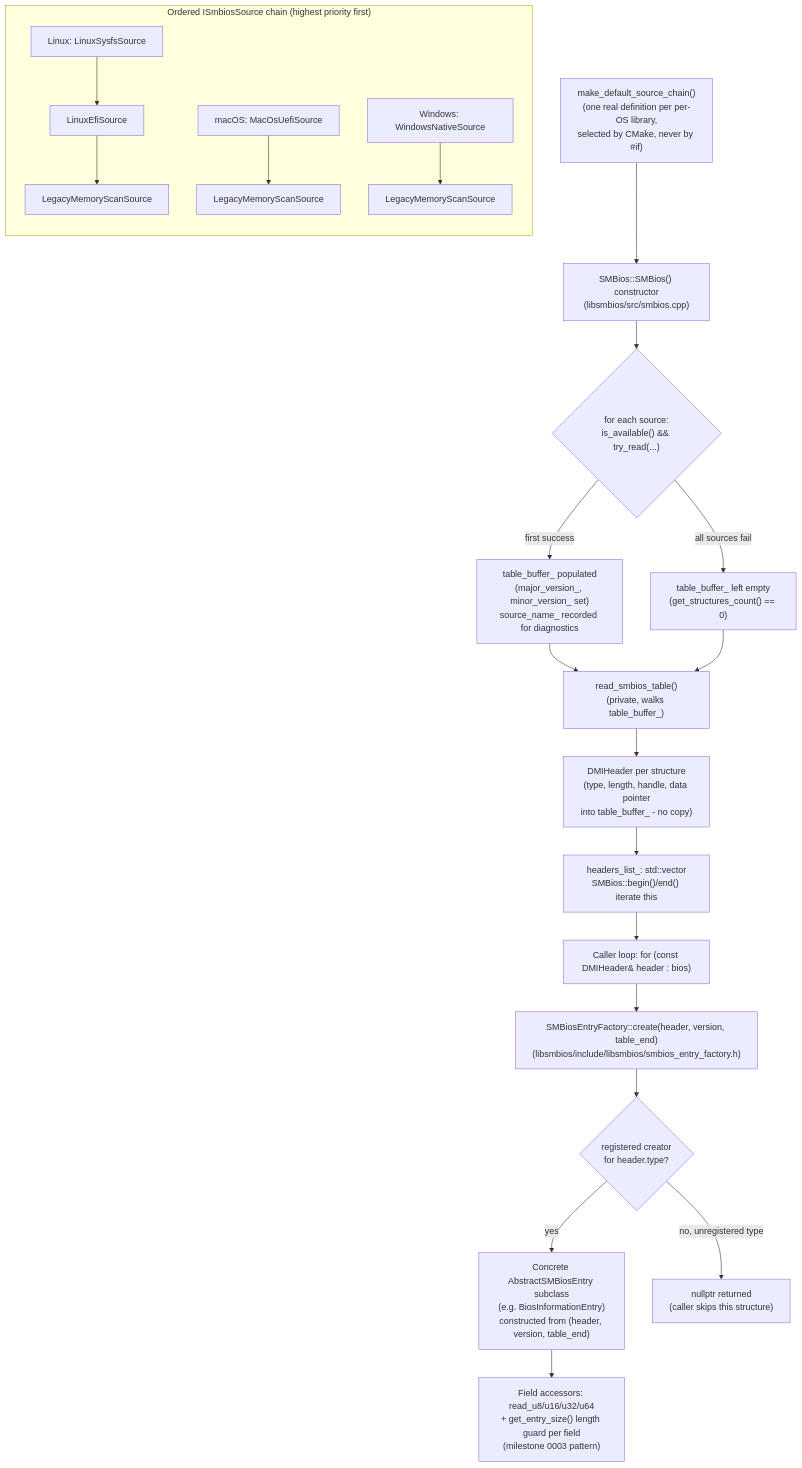
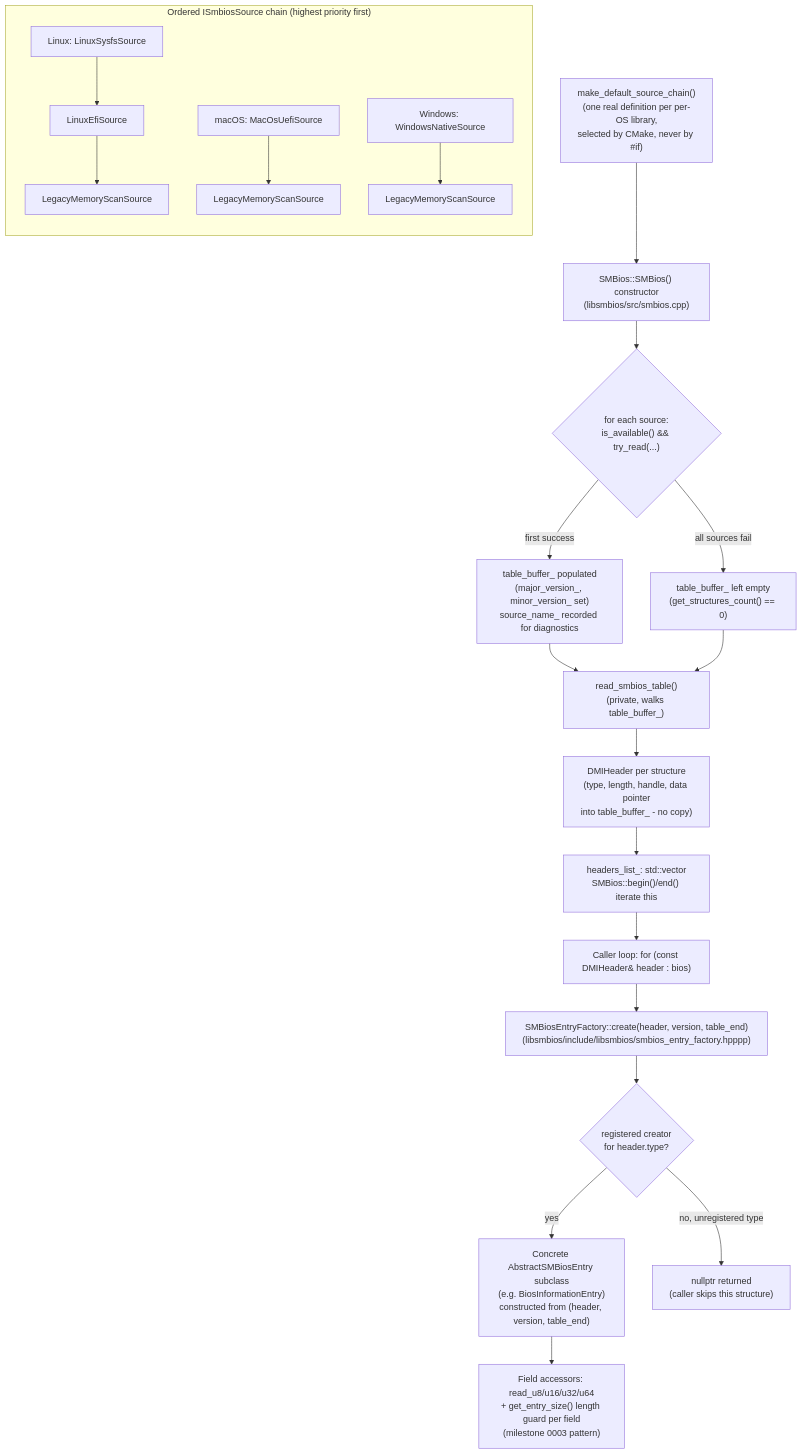
One commit to yuchdev/SmbiosUtil changed the diagram in docs/architecture/overview.md. Above: the diagram before and after it, drawn with Mermaid. The commit also changed other lines of this file and 296 other files, not shown here.

````diff
--- a/docs/architecture/overview.md
+++ b/docs/architecture/overview.md
@@ -55,25 +55,25 @@
 ```mermaid
 flowchart TD
     A["make_default_source_chain()\n(one real definition per per-OS library,\nselected by CMake, never by #if)"] --> B
 
     subgraph chain["Ordered ISmbiosSource chain (highest priority first)"]
         direction TB
         L1["Linux: LinuxSysfsSource"] --> L2["LinuxEfiSource"] --> L3["LegacyMemoryScanSource"]
         M1["macOS: MacOsUefiSource"] --> M3["LegacyMemoryScanSource"]
         W1["Windows: WindowsNativeSource"] --> W3["LegacyMemoryScanSource"]
     end
 
     B["SMBios::SMBios() constructor\n(libsmbios/src/smbios.cpp)"] --> C{"for each source:\nis_available() && try_read(...)"}
     C -->|first success| D["table_buffer_ populated\n(major_version_, minor_version_ set)\nsource_name_ recorded for diagnostics"]
     C -->|all sources fail| D0["table_buffer_ left empty\n(get_structures_count() == 0)"]
     D --> E["read_smbios_table()\n(private, walks table_buffer_)"]
     D0 --> E
     E --> F["DMIHeader per structure\n(type, length, handle, data pointer\ninto table_buffer_ - no copy)"]
     F --> G["headers_list_: std::vector<DMIHeader>\nSMBios::begin()/end() iterate this"]
     G --> H["Caller loop: for (const DMIHeader& header : bios)"]
-    H --> I["SMBiosEntryFactory::create(header, version, table_end)\n(libsmbios/include/libsmbios/smbios_entry_factory.h)"]
+    H --> I["SMBiosEntryFactory::create(header, version, table_end)\n(libsmbios/include/libsmbios/smbios_entry_factory.hpppp)"]
     I --> J{"registered creator\nfor header.type?"}
     J -->|yes| K["Concrete AbstractSMBiosEntry subclass\n(e.g. BiosInformationEntry)\nconstructed from (header, version, table_end)"]
     J -->|no, unregistered type| K0["nullptr returned\n(caller skips this structure)"]
     K --> N["Field accessors: read_u8/u16/u32/u64\n+ get_entry_size() length guard per field\n(milestone 0003 pattern)"]
 ```
````
